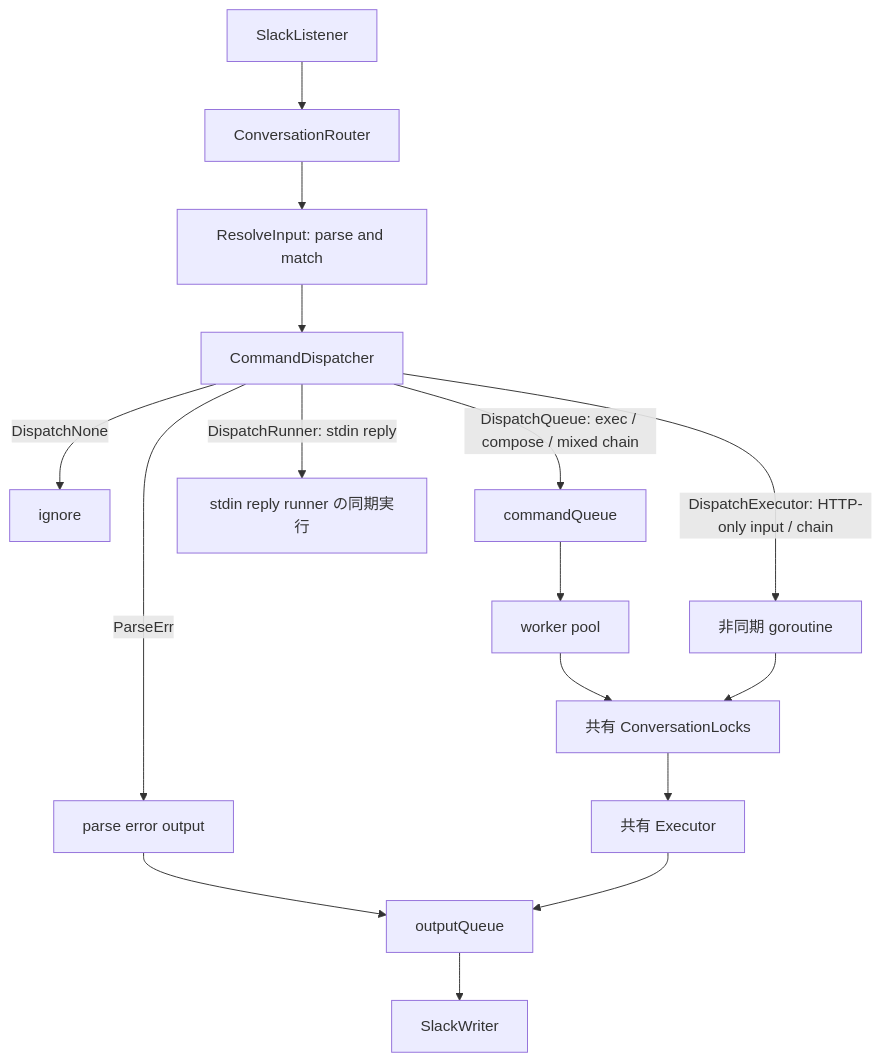
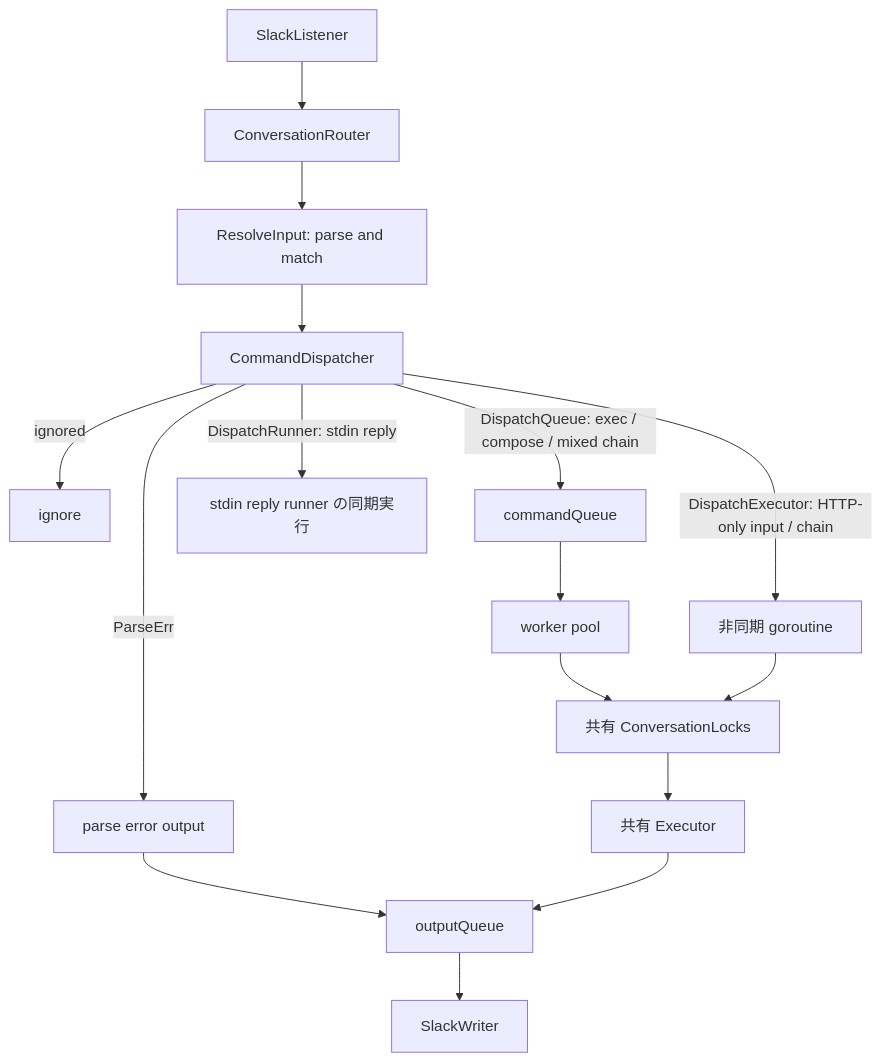
Before and after one commit to hnw/slack-commander: the diagram in docs/internal.md, drawn with Mermaid. The commit also changed other lines of this file and 15 other files, not shown here.

````diff
--- a/docs/internal.md
+++ b/docs/internal.md
@@ -5,18 +5,18 @@
 ```mermaid
 flowchart TD
     listener[SlackListener] --> router[ConversationRouter]
     router --> resolve[ResolveInput: parse and match]
     resolve --> dispatcher[CommandDispatcher]
     dispatcher -->|ParseErr| parseOutput[parse error output]
     parseOutput --> output[outputQueue]
-    dispatcher -->|DispatchNone| ignored[ignore]
+    dispatcher -->|ignored| ignored[ignore]
     dispatcher -->|DispatchQueue: exec / compose / mixed chain| queue[commandQueue]
     queue --> workers[worker pool]
     workers --> locks[共有 ConversationLocks]
     dispatcher -->|DispatchExecutor: HTTP-only input / chain| async[非同期 goroutine]
     async --> locks
     locks --> executor[共有 Executor]
     dispatcher -->|DispatchRunner: stdin reply| direct[stdin reply runner の同期実行]
     executor --> output[outputQueue]
     output --> writer[SlackWriter]
 ```
````
